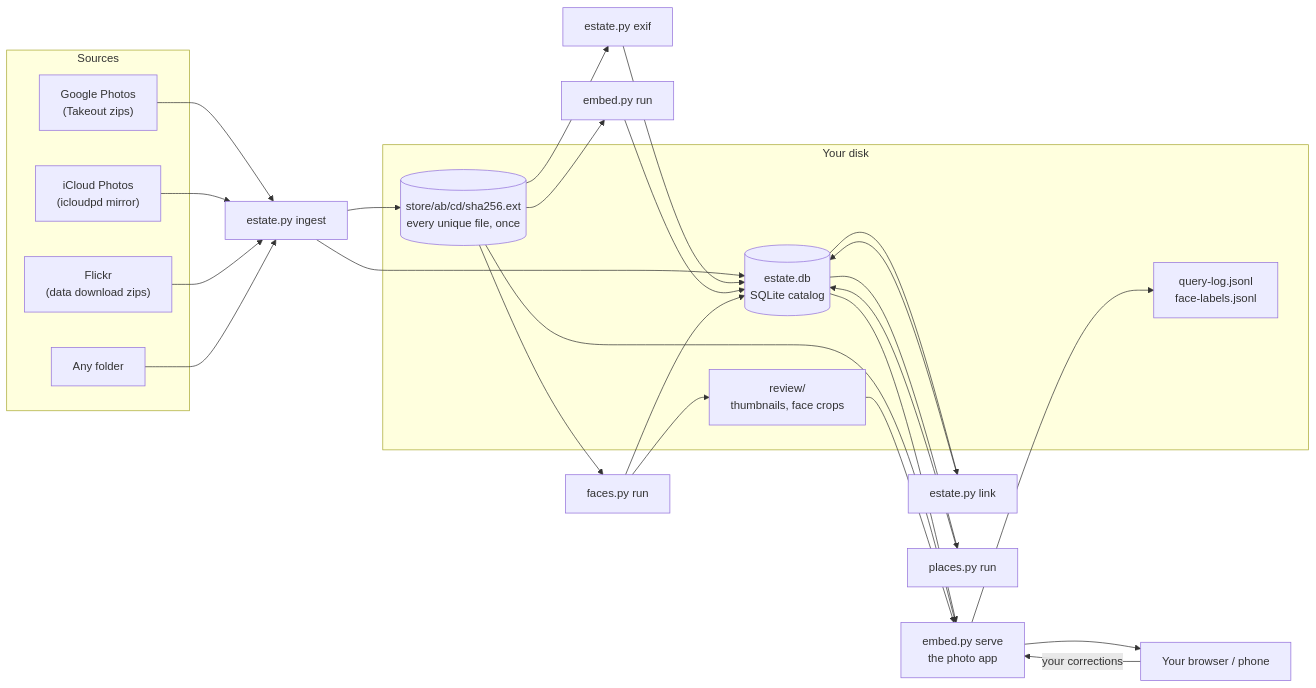
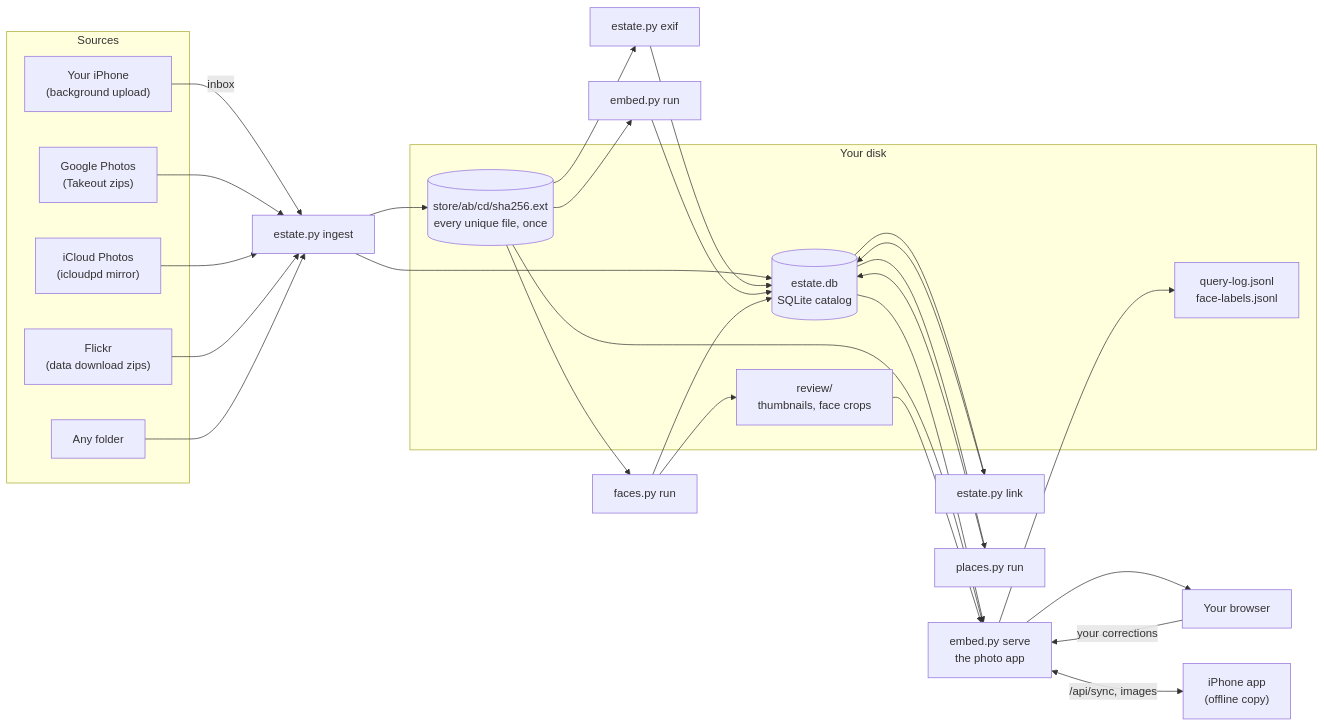
The diagram in docs/book/README.md (jflam/photo-estate), drawn with Mermaid before and after one commit. The commit also changed other lines of this file and 14 other files, not shown here.

First line of the commit message:
Book: six chapters on the iPhone app (sync, offline search, photos, interface, uploading), and the older chapters brought up to date

````diff
--- a/docs/book/README.md
+++ b/docs/book/README.md
@@ -40,30 +48,33 @@
 ```mermaid
 flowchart LR
     subgraph Sources
       G["Google Photos<br/>(Takeout zips)"]
       I["iCloud Photos<br/>(icloudpd mirror)"]
       F["Flickr<br/>(data download zips)"]
       O["Any folder"]
+      P["Your iPhone<br/>(background upload)"]
     end
     subgraph Disk["Your disk"]
       ST[("store/ab/cd/sha256.ext<br/>every unique file, once")]
       DB[("estate.db<br/>SQLite catalog")]
       CA["review/<br/>thumbnails, face crops"]
       LG["query-log.jsonl<br/>face-labels.jsonl"]
     end
+    P -->|"inbox"| ING
     G & I & F & O --> ING["estate.py ingest"]
     ING --> ST
     ING --> DB
     DB --> LNK["estate.py link"] --> DB
     ST --> EX["estate.py exif"] --> DB
     DB --> PL["places.py run"] --> DB
     ST --> EM["embed.py run"] --> DB
     ST --> FA["faces.py run"] --> DB
     FA --> CA
     DB --> SRV["embed.py serve<br/>the photo app"]
     ST --> SRV
     CA --> SRV
     SRV --> LG
-    SRV --> BR["Your browser / phone"]
+    SRV --> BR["Your browser"]
+    SRV <-->|"/api/sync, images"| IOS["iPhone app<br/>(offline copy)"]
     BR -->|"your corrections"| SRV
 ```
````
